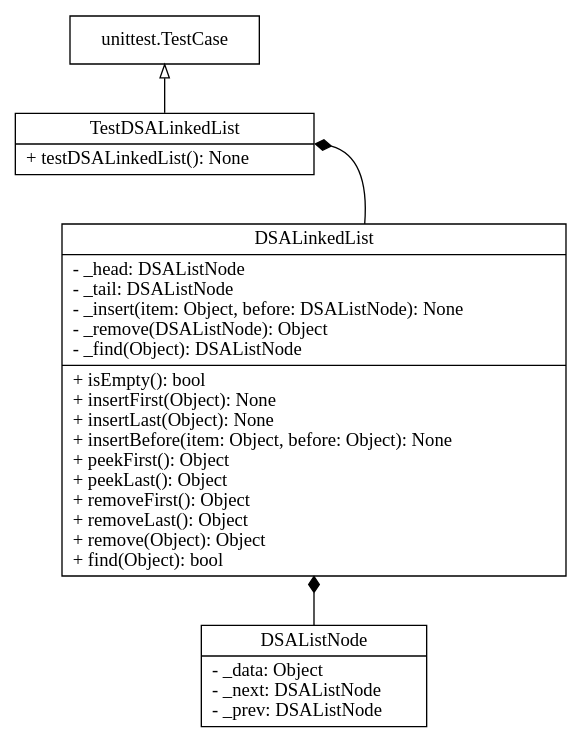
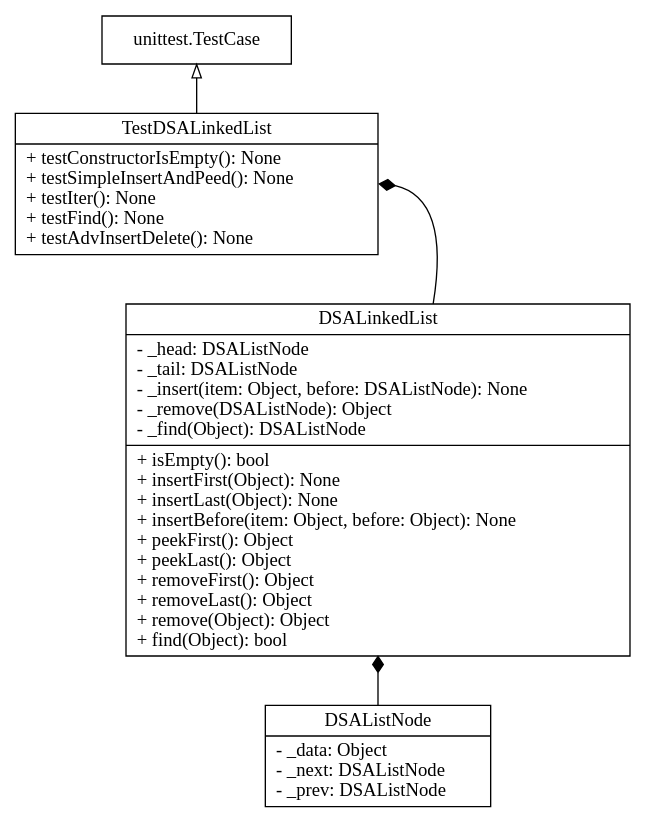
One commit to JakobWyatt/DSA-Tutorials changed the diagram in 3/UML.gv. Above: the diagram before and after it, drawn with Graphviz. The commit also changed 1 other file, not shown here.

Commit message:
added test harness to uml

```diff
--- a/3/UML.gv
+++ b/3/UML.gv
@@ -1,32 +1,32 @@
 digraph DSA_ADT {
     node [
         shape = "record"
     ]
     DSALinkedList [
         label = "{DSALinkedList|- _head: DSAListNode\l- _tail: DSAListNode\l- _insert(item: Object, before: DSAListNode): None\l- _remove(DSAListNode): Object\l- _find(Object): DSAListNode\l|+ isEmpty(): bool\l+ insertFirst(Object): None\l+ insertLast(Object): None\l+ insertBefore(item: Object, before: Object): None\l+ peekFirst(): Object\l+ peekLast(): Object\l+ removeFirst(): Object\l+ removeLast(): Object\l+ remove(Object): Object\l+ find(Object): bool\l}"
     ]
 
     DSAListNode [
         label = "{DSAListNode|- _data: Object\l- _next: DSAListNode\l- _prev: DSAListNode\l}"
     ]
 
     TestDSALinkedList [
-        label = "{TestDSALinkedList|+ testDSALinkedList(): None\l}"
+        label = "{TestDSALinkedList|+ testConstructorIsEmpty(): None\l+ testSimpleInsertAndPeed(): None\l+ testIter(): None\l+ testFind(): None\l+ testAdvInsertDelete(): None\l}"
     ]
 
     unittestTestCase [
         label = "{unittest.TestCase}"
     ]
 
     edge [
         arrowhead = "diamond"
     ]
     DSAListNode -> DSALinkedList
     DSALinkedList -> TestDSALinkedList [headport=e]
     edge [
         arrowhead = "empty"
     ]
     TestDSALinkedList -> unittestTestCase
 
     rankdir=BT
 }
```
